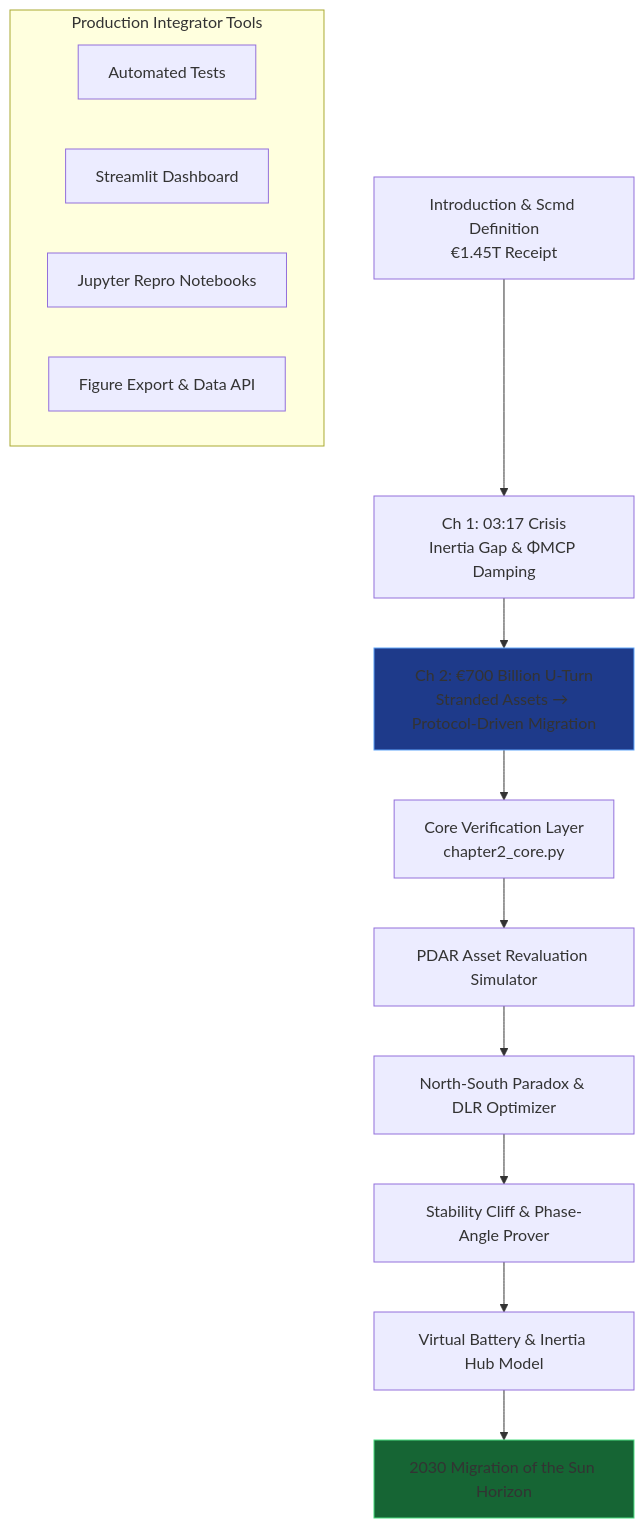
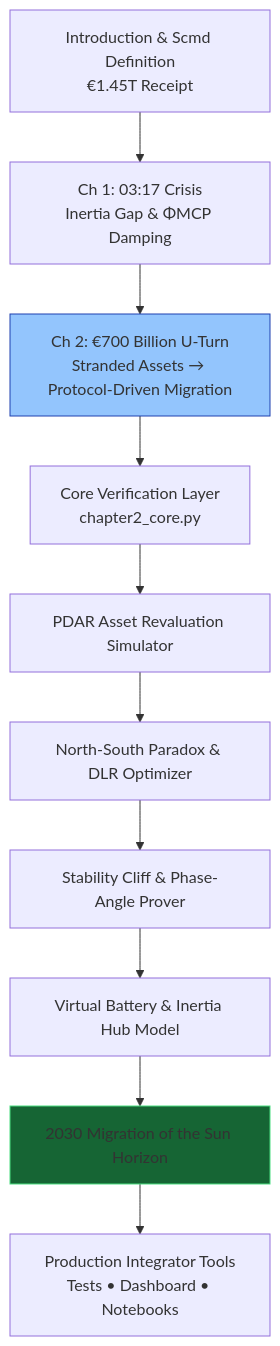
One commit to iceccarelli/Renewables_Migration_Chapter2_Proof_Engine changed the third of 3 diagrams in README.md. Above: the diagram before and after it, drawn with Mermaid. The commit also changed other lines of this file, not shown here.

````diff
--- a/README.md
+++ b/README.md
@@ -33,23 +73,15 @@
 ```mermaid
 graph TD
-    A[Introduction & Scmd Definition<br/>€1.45T Receipt] 
-    --> B[Ch 1: 03:17 Crisis<br/>Inertia Gap & ΦMCP Damping]
+    A[Introduction & Scmd Definition<br/>€1.45T Receipt] --> B[Ch 1: 03:17 Crisis<br/>Inertia Gap & ΦMCP Damping]
     B --> C[Ch 2: €700 Billion U-Turn<br/>Stranded Assets → Protocol-Driven Migration]
-    
     C --> D[Core Verification Layer<br/>chapter2_core.py]
     D --> E[PDAR Asset Revaluation Simulator]
     E --> F[North-South Paradox & DLR Optimizer]
     F --> G[Stability Cliff & Phase-Angle Prover]
     G --> H[Virtual Battery & Inertia Hub Model]
     H --> I[2030 Migration of the Sun Horizon]
-    
-    subgraph Production Integrator Tools
-        J[Automated Tests]
-        K[Streamlit Dashboard]
-        L[Jupyter Repro Notebooks]
-        M[Figure Export & Data API]
-    end
-    
-    style C fill:#1e3a8a,stroke:#60a5fa
+    I --> J[Production Integrator Tools<br/>Tests • Dashboard • Notebooks]
+
+    style C fill:#93c5fd,stroke:#1e40af
     style I fill:#166534,stroke:#4ade80
 ```
````
